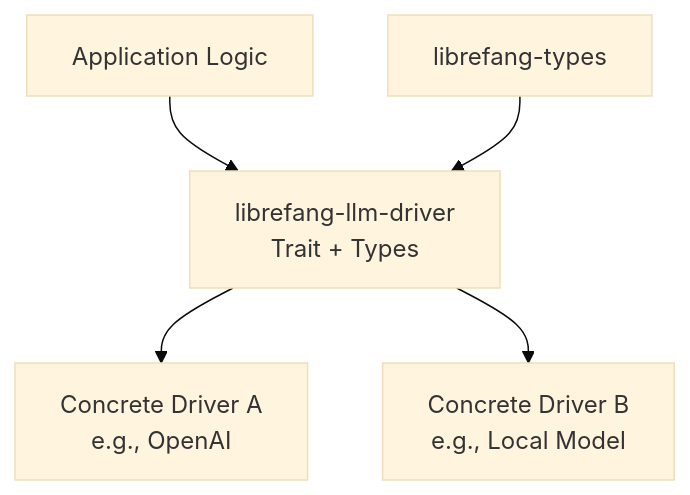
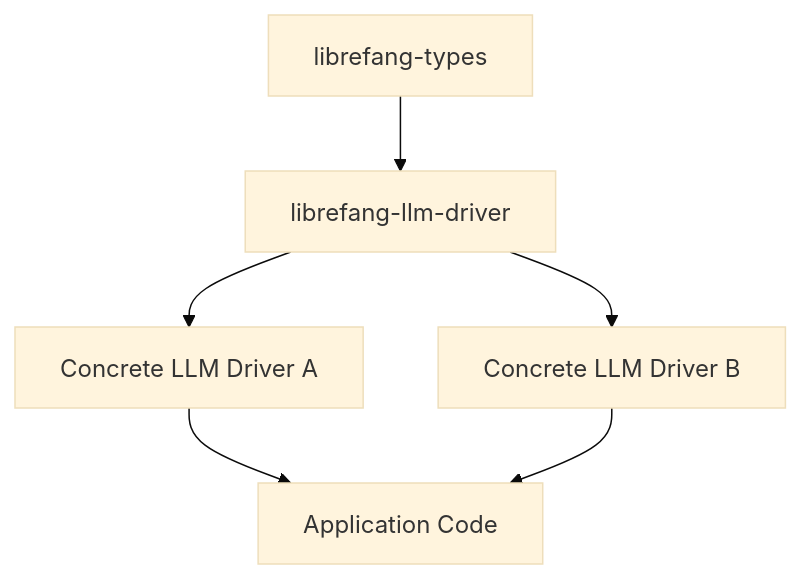
Before and after one commit to leszek3737/librefang-WIki: the diagram in other-librefang-llm-driver.md, drawn with Mermaid (base theme). The commit also changed other lines of this file and 118 other files, not shown here.

````diff
--- a/other-librefang-llm-driver.md
+++ b/other-librefang-llm-driver.md
@@ -16,7 +15,8 @@
 ```mermaid
 graph TD
-    A[Application Logic] --> B[librefang-llm-driver<br/>Trait + Types]
-    B --> C[Concrete Driver A<br/>e.g., OpenAI]
-    B --> D[Concrete Driver B<br/>e.g., Local Model]
-    E[librefang-types] --> B
+    A[librefang-types] --> B[librefang-llm-driver]
+    B --> C[Concrete LLM Driver A]
+    B --> D[Concrete LLM Driver B]
+    C --> E[Application Code]
+    D --> E
 ```
````
